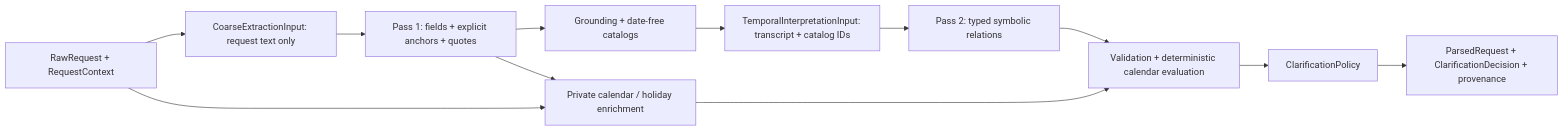
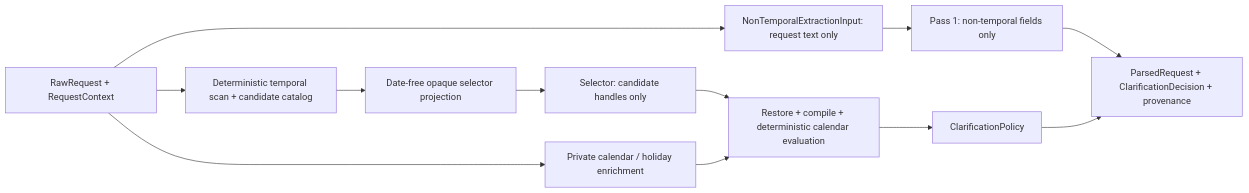
One commit to shawwwwnK/award-search-agent changed the diagram in docs/architecture.md. Above: the diagram before and after it, drawn with Mermaid. The commit also changed other lines of this file and 41 other files, not shown here.

Commit message:
Retire two-pass and freeze selector-only intent

````diff
--- a/docs/architecture.md
+++ b/docs/architecture.md
@@ -43,20 +49,19 @@
 ```mermaid
 flowchart LR
     A["RawRequest + RequestContext"]
-    B["CoarseExtractionInput: request text only"]
-    C["Pass 1: fields + explicit anchors + quotes"]
-    D["Grounding + date-free catalogs"]
+    B["NonTemporalExtractionInput: request text only"]
+    C["Pass 1: non-temporal fields only"]
+    D["Deterministic temporal scan + candidate catalog"]
+    E["Date-free opaque selector projection"]
+    F["Selector: candidate handles only"]
     J["Private calendar / holiday enrichment"]
-    E["TemporalInterpretationInput: transcript + catalog IDs"]
-    F["Pass 2: typed symbolic relations"]
-    I["Validation + deterministic calendar evaluation"]
+    I["Restore + compile + deterministic calendar evaluation"]
     G["ClarificationPolicy"]
     H["ParsedRequest + ClarificationDecision + provenance"]
 
-    A --> B --> C --> D
+    A --> B --> C
+    A --> D --> E --> F --> I
     A --> J
-    C --> J
-    D --> E
-    E --> F --> I
+    C --> H
     J --> I --> G --> H
 ```
````
